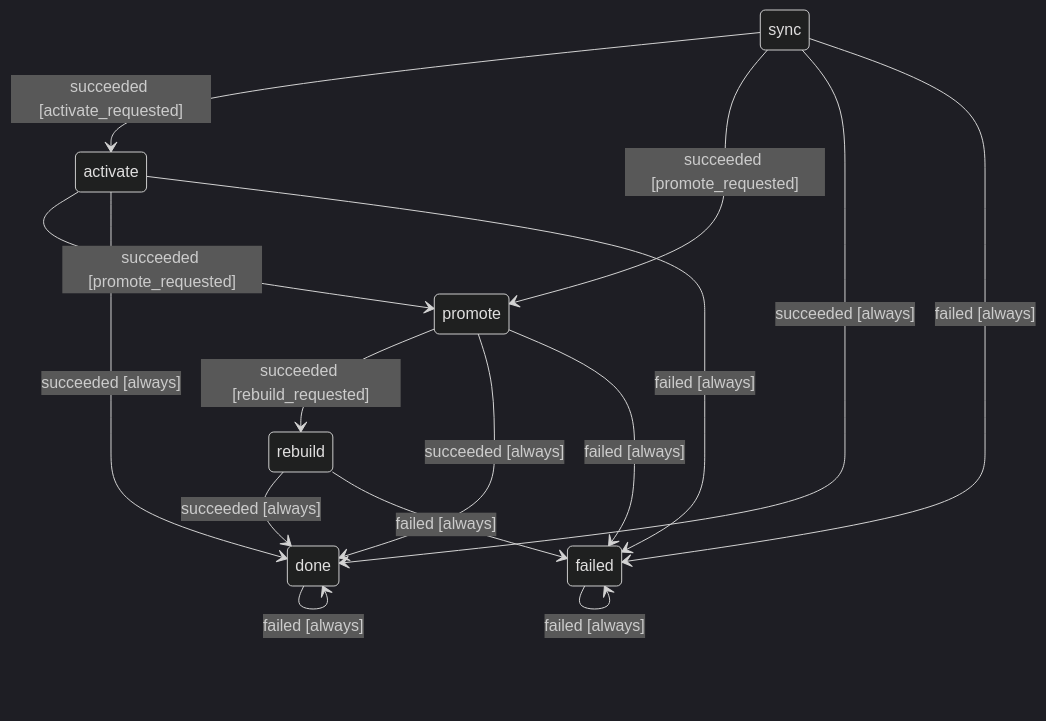
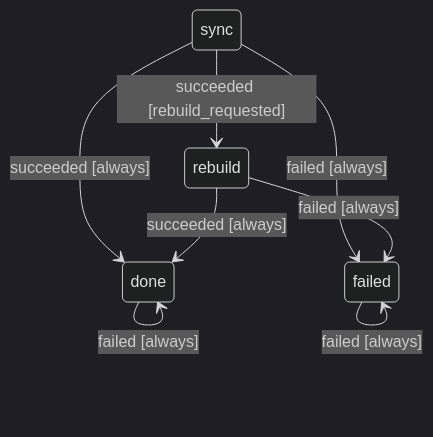
Before and after one commit to rpmessner/we_go_next_dev: the diagram in docs/state-machines/ruleset-flow/implementation.mmd, drawn with Mermaid (dark theme). The commit also changed 78 other files, not shown here.

```diff
--- a/docs/state-machines/ruleset-flow/implementation.mmd
+++ b/docs/state-machines/ruleset-flow/implementation.mmd
@@ -1,17 +1,10 @@
 stateDiagram-v2
-  sync --> activate: succeeded [activate_requested]
-  sync --> promote: succeeded [promote_requested]
+  sync --> rebuild: succeeded [rebuild_requested]
   sync --> done: succeeded [always]
-  activate --> promote: succeeded [promote_requested]
-  activate --> done: succeeded [always]
-  promote --> rebuild: succeeded [rebuild_requested]
-  promote --> done: succeeded [always]
   rebuild --> done: succeeded [always]
   sync --> failed: failed [always]
-  activate --> failed: failed [always]
-  promote --> failed: failed [always]
   rebuild --> failed: failed [always]
   done --> done: succeeded [always]
   done --> done: failed [always]
   failed --> failed: succeeded [always]
   failed --> failed: failed [always]
```
